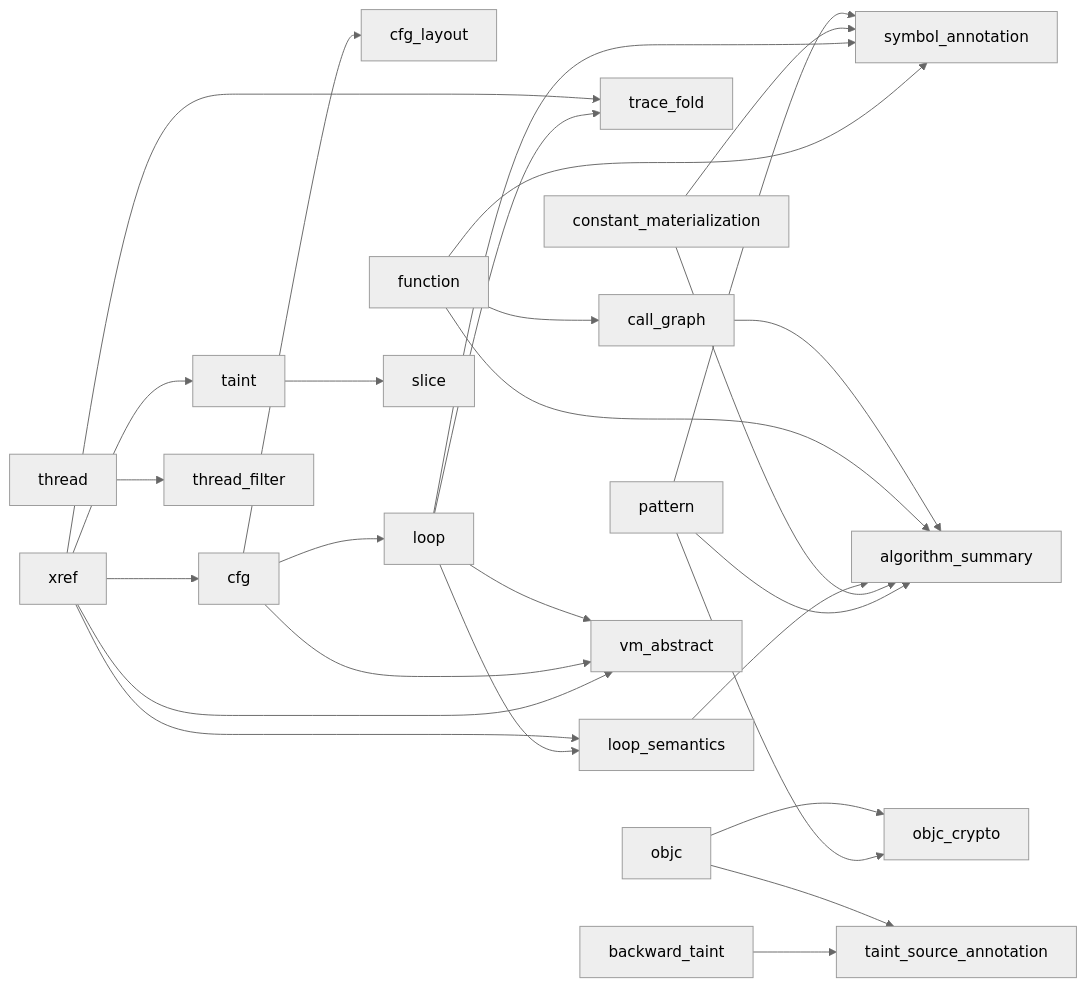
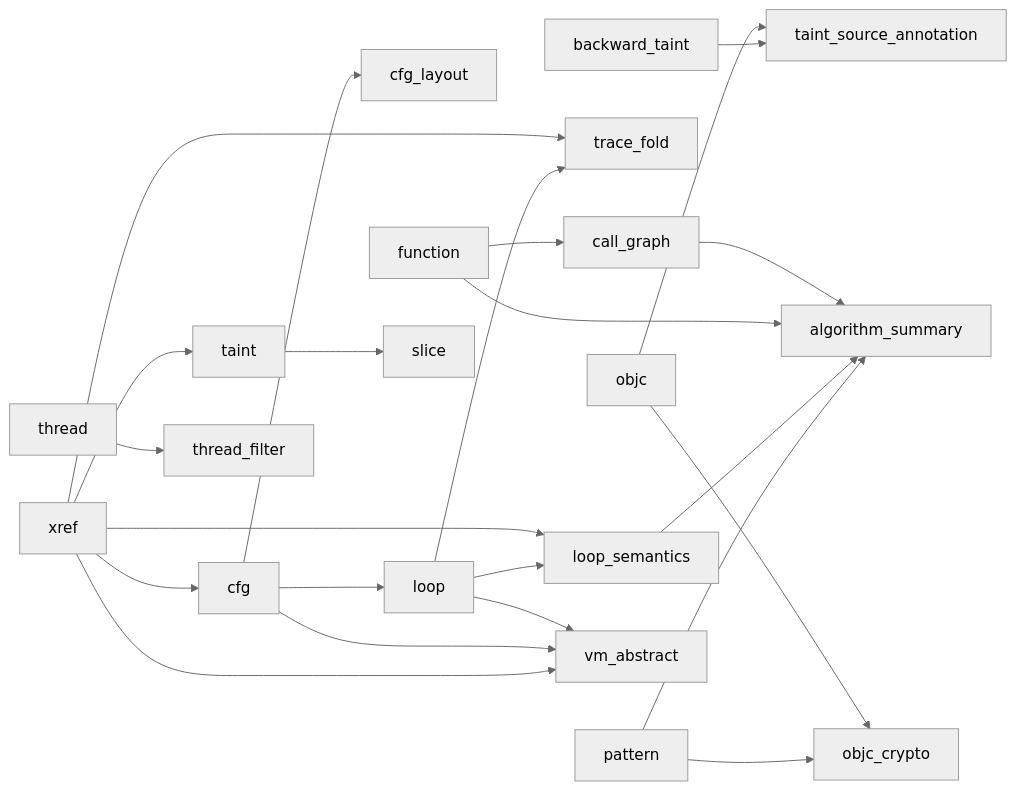
The second of 2 diagrams in slowmo/docs/analysis-layer.md (fuckreverse/retrace), drawn with Mermaid (neutral theme) before and after one commit. The commit also changed other lines of this file and 25 other files, not shown here.

First line of the commit message:
tenet: 将 constant_materialization pass 合并入 pattern pass

````diff
--- a/slowmo/docs/analysis-layer.md
+++ b/slowmo/docs/analysis-layer.md
@@ -176,30 +184,25 @@
 ```mermaid
 flowchart LR
     xref --> cfg
     cfg --> cfg_layout
     cfg --> loop
     function --> call_graph
     xref --> taint
     taint --> slice
     loop --> trace_fold
     xref --> trace_fold
     loop --> loop_semantics
     xref --> loop_semantics
-    function --> symbol_annotation
-    loop --> symbol_annotation
-    constant_materialization --> symbol_annotation
-    pattern --> symbol_annotation
     backward_taint --> taint_source_annotation
     objc --> taint_source_annotation
     pattern --> objc_crypto
     objc --> objc_crypto
     thread --> thread_filter
-    pattern --> algorithm_summary
-    constant_materialization --> algorithm_summary
-    loop_semantics --> algorithm_summary
+pattern --> algorithm_summary
+loop_semantics --> algorithm_summary
     function --> algorithm_summary
     call_graph --> algorithm_summary
     xref --> vm_abstract
     cfg --> vm_abstract
     loop --> vm_abstract
 ```
````
